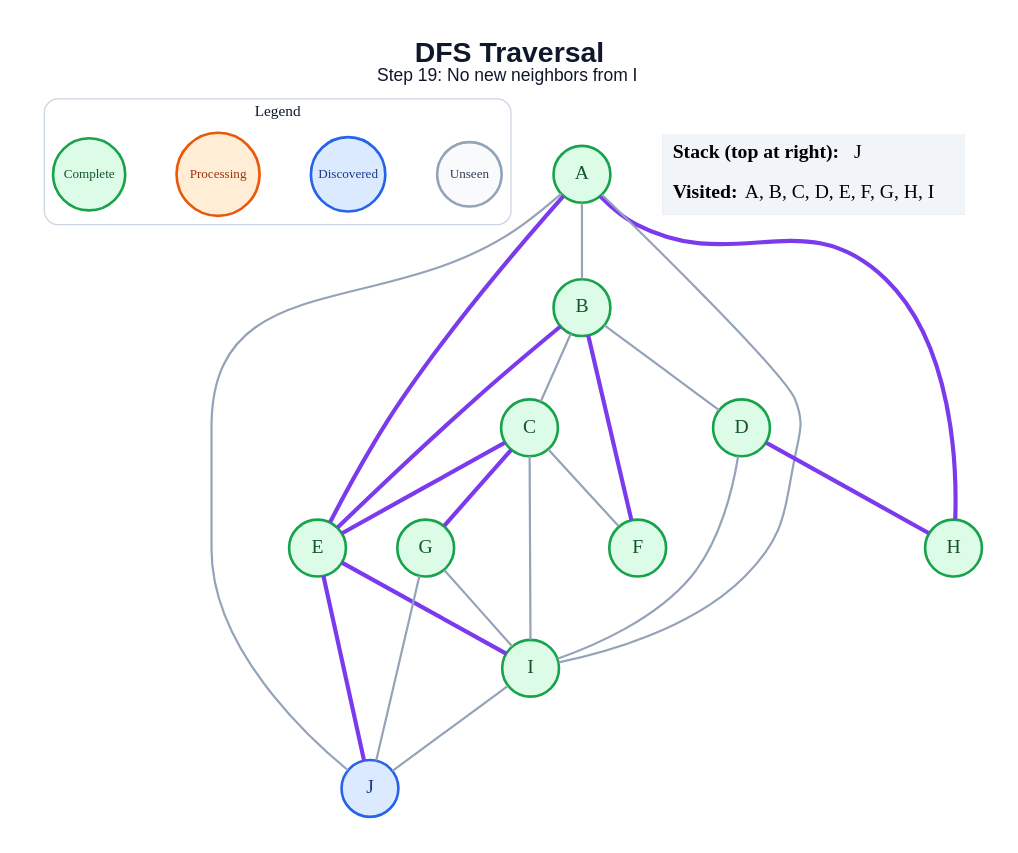
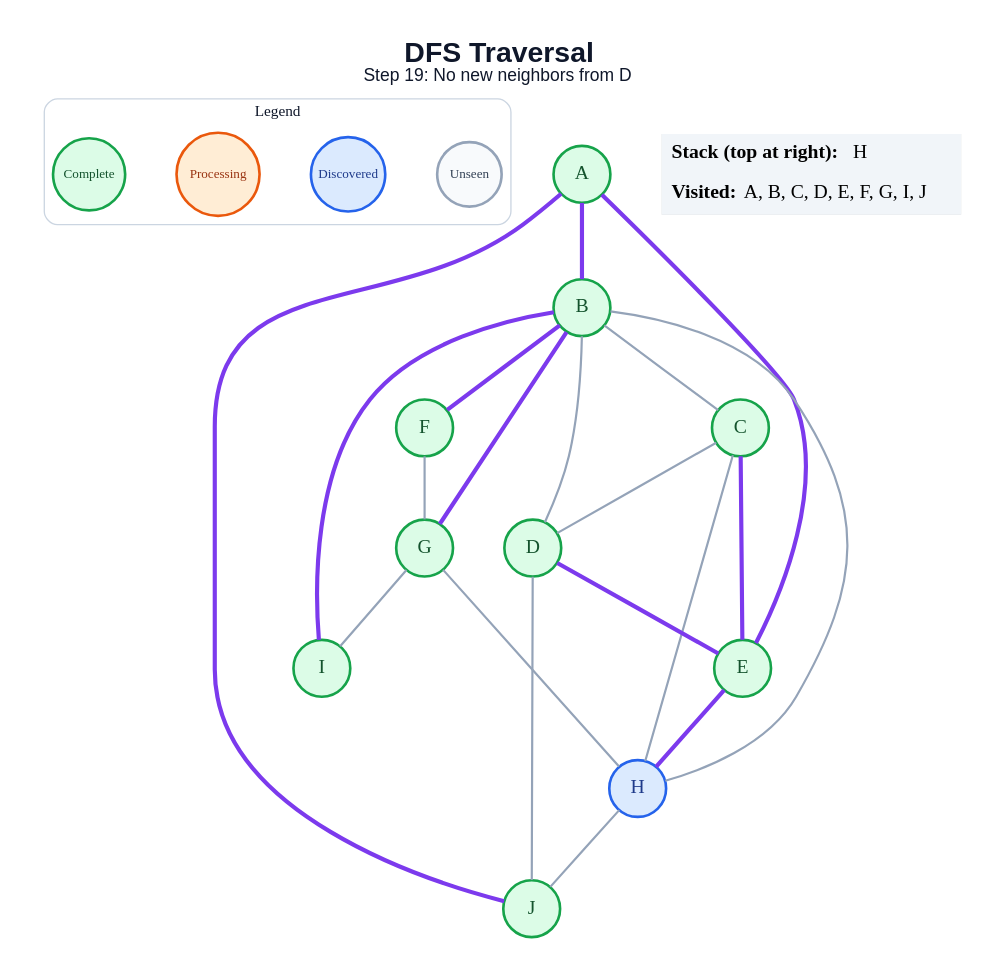
One commit to anon7238593-create/ai-slop changed the diagram in generated/specific-node/dfs/step_19.dot. Above: the diagram before and after it, drawn with Graphviz. The commit also changed 178 other files, not shown here.

```diff
--- a/generated/specific-node/dfs/step_19.dot
+++ b/generated/specific-node/dfs/step_19.dot
@@ -1,49 +1,48 @@
 graph traversal {
   graph [layout=dot, rankdir=TB, bgcolor="#FFFFFF", pad="0.35", nodesep="0.65", ranksep="0.8", fontname="Arial"];
   node [shape=circle, style="filled", fontname="Arial Bold", fontsize=18, width=0.72, fixedsize=true, penwidth=2.4];
   edge [color="#94A3B8", penwidth=2.0];
-  label=<<B>DFS Traversal</B><BR/><FONT POINT-SIZE="16">Step 19: No new neighbors from I</FONT>>; labelloc="t"; fontsize=26; fontname="Arial"; fontcolor="#0F172A";
+  label=<<B>DFS Traversal</B><BR/><FONT POINT-SIZE="16">Step 19: No new neighbors from D</FONT>>; labelloc="t"; fontsize=26; fontname="Arial"; fontcolor="#0F172A";
   subgraph cluster_legend { label="Legend"; color="#CBD5E1"; penwidth=1.2; style="rounded"; fontsize=14; fontname="Arial Bold";
     key_unseen [label="Unseen", fillcolor="#F8FAFC", color="#94A3B8", fontcolor="#334155", fontsize=12, width=0.82];
     key_frontier [label="Discovered", fillcolor="#DBEAFE", color="#2563EB", fontcolor="#1E3A8A", fontsize=12, width=0.95];
     key_current [label="Processing", fillcolor="#FFEDD5", color="#EA580C", fontcolor="#9A3412", fontsize=12, width=1.05];
     key_done [label="Complete", fillcolor="#DCFCE7", color="#16A34A", fontcolor="#14532D", fontsize=12, width=0.92];
     { rank=same; key_unseen; key_frontier; key_current; key_done; }
   }
   A [fillcolor="#DCFCE7", color="#16A34A", fontcolor="#14532D"];
   B [fillcolor="#DCFCE7", color="#16A34A", fontcolor="#14532D"];
   C [fillcolor="#DCFCE7", color="#16A34A", fontcolor="#14532D"];
   D [fillcolor="#DCFCE7", color="#16A34A", fontcolor="#14532D"];
   E [fillcolor="#DCFCE7", color="#16A34A", fontcolor="#14532D"];
   F [fillcolor="#DCFCE7", color="#16A34A", fontcolor="#14532D"];
   G [fillcolor="#DCFCE7", color="#16A34A", fontcolor="#14532D"];
-  H [fillcolor="#DCFCE7", color="#16A34A", fontcolor="#14532D"];
+  H [fillcolor="#DBEAFE", color="#2563EB", fontcolor="#1E3A8A"];
   I [fillcolor="#DCFCE7", color="#16A34A", fontcolor="#14532D"];
-  J [fillcolor="#DBEAFE", color="#2563EB", fontcolor="#1E3A8A"];
-  A -- B;
+  J [fillcolor="#DCFCE7", color="#16A34A", fontcolor="#14532D"];
+  A -- B [color="#7C3AED", penwidth=3.8];
   A -- E [color="#7C3AED", penwidth=3.8];
-  A -- H [color="#7C3AED", penwidth=3.8];
-  A -- I;
-  A -- J;
+  A -- J [color="#7C3AED", penwidth=3.8];
   B -- C;
   B -- D;
-  B -- E [color="#7C3AED", penwidth=3.8];
   B -- F [color="#7C3AED", penwidth=3.8];
+  B -- G [color="#7C3AED", penwidth=3.8];
+  B -- H;
+  B -- I [color="#7C3AED", penwidth=3.8];
+  C -- D;
   C -- E [color="#7C3AED", penwidth=3.8];
-  C -- F;
-  C -- G [color="#7C3AED", penwidth=3.8];
-  C -- I;
-  D -- H [color="#7C3AED", penwidth=3.8];
-  D -- I;
-  E -- I [color="#7C3AED", penwidth=3.8];
-  E -- J [color="#7C3AED", penwidth=3.8];
+  C -- H;
+  D -- E [color="#7C3AED", penwidth=3.8];
+  D -- J;
+  E -- H [color="#7C3AED", penwidth=3.8];
+  F -- G;
+  G -- H;
   G -- I;
-  G -- J;
-  I -- J;
+  H -- J;
   status [shape=plain, fixedsize=false, width=0, height=0, margin=0, label=<
     <TABLE BORDER="0" CELLBORDER="0" CELLPADDING="7" BGCOLOR="#F1F5F9">
-      <TR><TD ALIGN="LEFT"><B>Stack (top at right):</B> J</TD></TR>
-      <TR><TD ALIGN="LEFT"><B>Visited:</B> A, B, C, D, E, F, G, H, I</TD></TR>
+      <TR><TD ALIGN="LEFT"><B>Stack (top at right):</B> H</TD></TR>
+      <TR><TD ALIGN="LEFT"><B>Visited:</B> A, B, C, D, E, F, G, I, J</TD></TR>
     </TABLE>
   >];
 }
```
